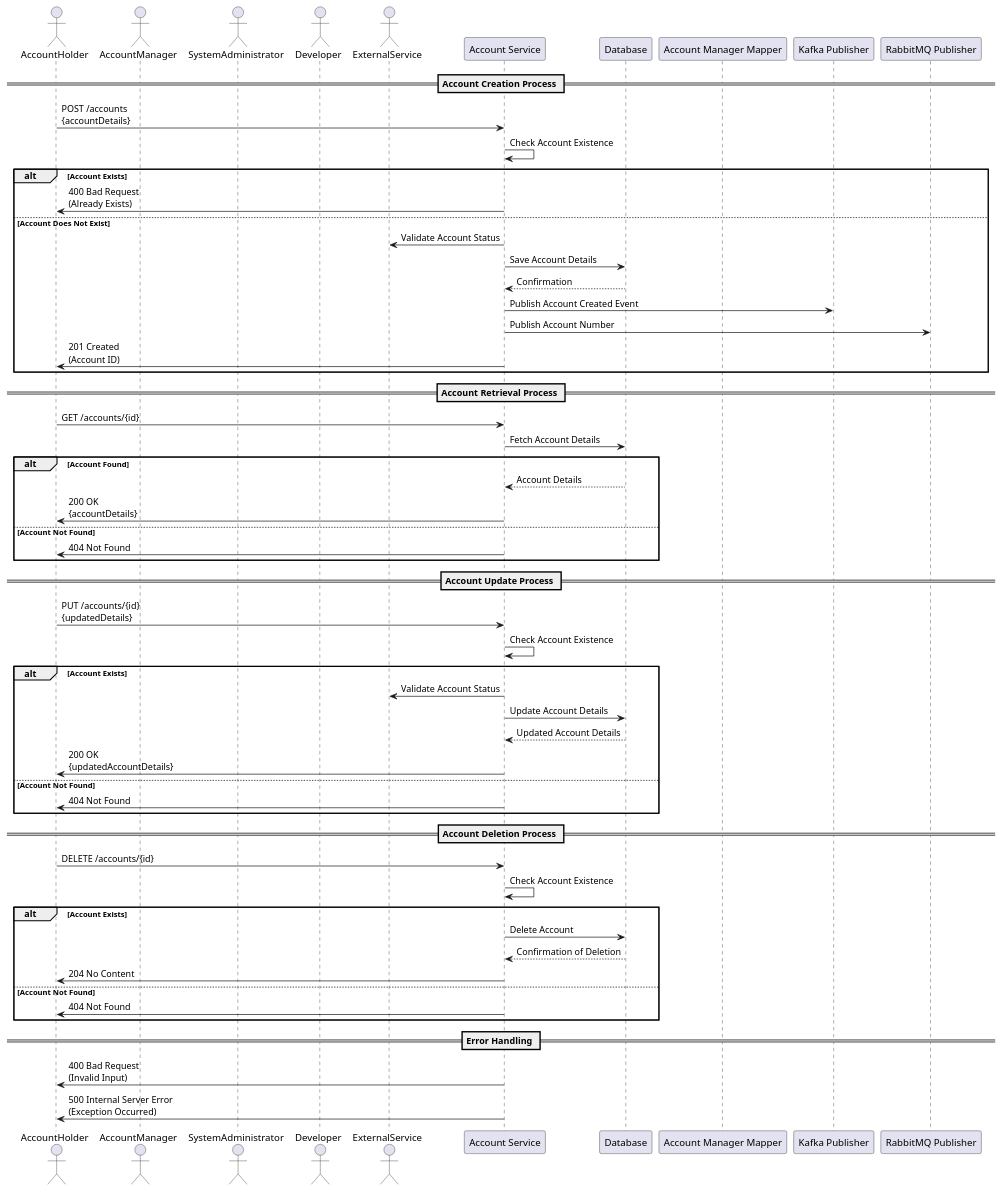
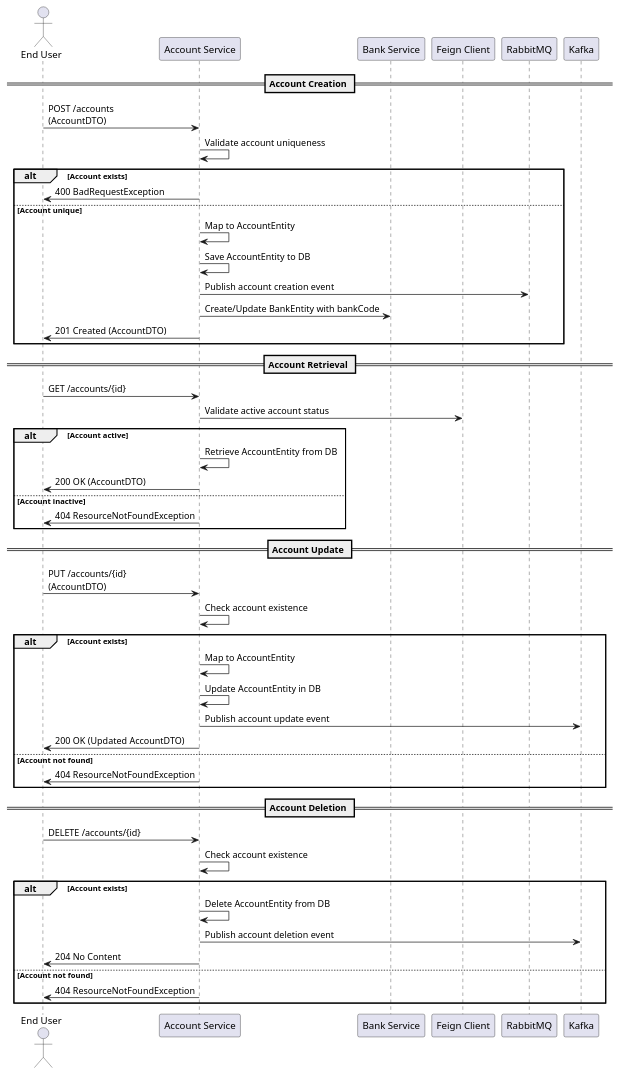
The diagram in design_document/AccountService.md (Bhaskar-Pavan/AccountService), drawn with PlantUML before and after one commit. The commit also changed other lines of this file, not shown here.

````diff
--- a/design_document/AccountService.md
+++ b/design_document/AccountService.md
@@ -46,67 +37,58 @@
 ```plantuml
 @startuml
-actor AccountHolder
-actor AccountManager
-actor SystemAdministrator
-actor Developer
-actor ExternalService
 
+actor "End User" as User
 participant "Account Service" as AccountService
-participant "Database" as DB
-participant "Account Manager Mapper" as Mapper
-participant "Kafka Publisher" as Kafka
-participant "RabbitMQ Publisher" as RabbitMQ
+participant "Bank Service" as BankService
+participant "Feign Client" as FeignClient
+participant "RabbitMQ" as RabbitMQ
+participant "Kafka" as Kafka
 
-== Account Creation Process ==
-AccountHolder -> AccountService : POST /accounts\n{accountDetails}
-AccountService -> AccountService : Check Account Existence
-alt Account Exists
-    AccountService -> AccountHolder : 400 Bad Request\n(Already Exists)
-else Account Does Not Exist
-    AccountService -> ExternalService : Validate Account Status
-    AccountService -> DB : Save Account Details
-    DB --> AccountService : Confirmation
-    AccountService -> Kafka : Publish Account Created Event
-    AccountService -> RabbitMQ : Publish Account Number
-    AccountService -> AccountHolder : 201 Created\n(Account ID)
+== Account Creation ==
+User -> AccountService: POST /accounts\n(AccountDTO)
+AccountService -> AccountService: Validate account uniqueness
+alt Account exists
+    AccountService -> User: 400 BadRequestException
+else Account unique
+    AccountService -> AccountService: Map to AccountEntity
+    AccountService -> AccountService: Save AccountEntity to DB
+    AccountService -> RabbitMQ: Publish account creation event
+    AccountService -> BankService: Create/Update BankEntity with bankCode
+    AccountService -> User: 201 Created (AccountDTO)
 end
 
-== Account Retrieval Process ==
-AccountHolder -> AccountService : GET /accounts/{id}
-AccountService -> DB : Fetch Account Details
-alt Account Found
-    DB --> AccountService : Account Details
-    AccountService -> AccountHolder : 200 OK\n{accountDetails}
-else Account Not Found
-    AccountService -> AccountHolder : 404 Not Found
+== Account Retrieval ==
+User -> AccountService: GET /accounts/{id}
+AccountService -> FeignClient: Validate active account status
+alt Account active
+    AccountService -> AccountService: Retrieve AccountEntity from DB
+    AccountService -> User: 200 OK (AccountDTO)
+else Account inactive
+    AccountService -> User: 404 ResourceNotFoundException
 end
 
-== Account Update Process ==
-AccountHolder -> AccountService : PUT /accounts/{id}\n{updatedDetails}
-AccountService -> AccountService : Check Account Existence
-alt Account Exists
-    AccountService -> ExternalService : Validate Account Status
-    AccountService -> DB : Update Account Details
-    DB --> AccountService : Updated Account Details
-    AccountService -> AccountHolder : 200 OK\n{updatedAccountDetails}
-else Account Not Found
-    AccountService -> AccountHolder : 404 Not Found
+== Account Update ==
+User -> AccountService: PUT /accounts/{id}\n(AccountDTO)
+AccountService -> AccountService: Check account existence
+alt Account exists
+    AccountService -> AccountService: Map to AccountEntity
+    AccountService -> AccountService: Update AccountEntity in DB
+    AccountService -> Kafka: Publish account update event
+    AccountService -> User: 200 OK (Updated AccountDTO)
+else Account not found
+    AccountService -> User: 404 ResourceNotFoundException
 end
 
-== Account Deletion Process ==
-AccountHolder -> AccountService : DELETE /accounts/{id}
-AccountService -> AccountService : Check Account Existence
-alt Account Exists
-    AccountService -> DB : Delete Account
-    DB --> AccountService : Confirmation of Deletion
-    AccountService -> AccountHolder : 204 No Content
-else Account Not Found
-    AccountService -> AccountHolder : 404 Not Found
+== Account Deletion ==
+User -> AccountService: DELETE /accounts/{id}
+AccountService -> AccountService: Check account existence
+alt Account exists
+    AccountService -> AccountService: Delete AccountEntity from DB
+    AccountService -> Kafka: Publish account deletion event
+    AccountService -> User: 204 No Content
+else Account not found
+    AccountService -> User: 404 ResourceNotFoundException
 end
-
-== Error Handling ==
-AccountService -> AccountHolder : 400 Bad Request\n(Invalid Input)
-AccountService -> AccountHolder : 500 Internal Server Error\n(Exception Occurred)
 
 @enduml
 ```
````
